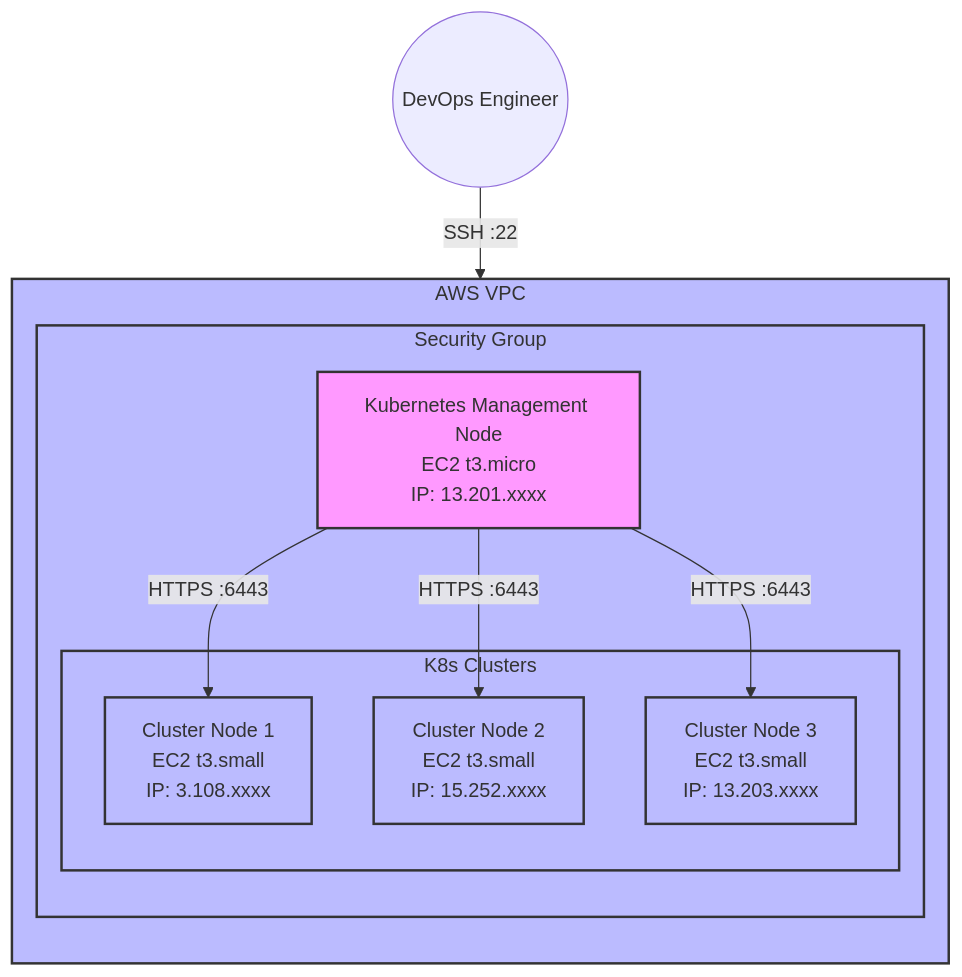
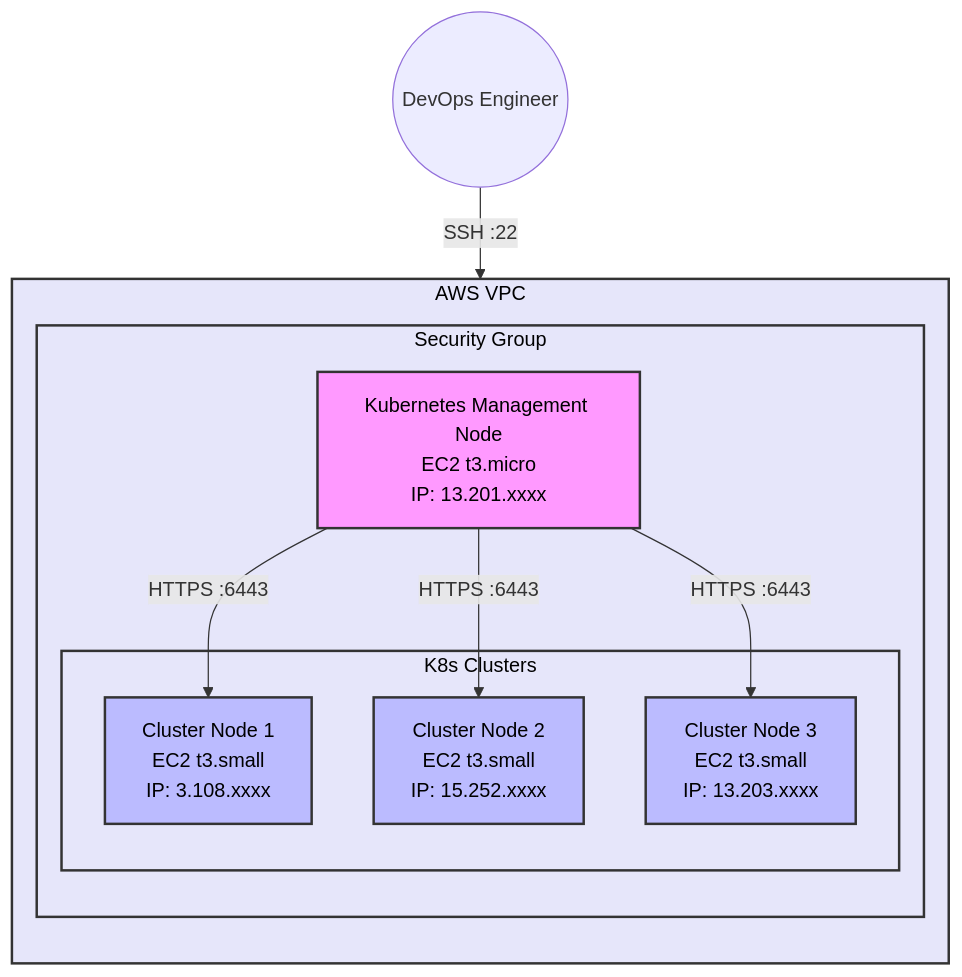
Before and after one commit to Mayank11104/Kubernetes-3-Tier-Application-Infrastructure-on-AWS: the diagram in README.md, drawn with Mermaid. The commit also changed other lines of this file, not shown here.

Commit message:
style(docs): fix mermaid diagram contrast for github dark mode

````diff
--- a/README.md
+++ b/README.md
@@ -14,26 +14,30 @@
 ```mermaid
-graph TD
-    subgraph AWS VPC
+flowchart TD
+    subgraph AWS_VPC ["AWS VPC"]
         direction TB
         
-        subgraph Security Group
+        subgraph Security_Group ["Security Group"]
             Client[Kubernetes Management Node<br/>EC2 t3.micro<br/>IP: 13.201.xxxx]
             
-            subgraph K8s Clusters
+            subgraph K8s_Clusters ["K8s Clusters"]
                 Node1[Cluster Node 1<br/>EC2 t3.small<br/>IP: 3.108.xxxx]
                 Node2[Cluster Node 2<br/>EC2 t3.small<br/>IP: 15.252.xxxx]
                 Node3[Cluster Node 3<br/>EC2 t3.small<br/>IP: 13.203.xxxx]
             end
         end
     end
     
     Admin((DevOps Engineer)) -->|SSH :22| Client
     Client -->|HTTPS :6443| Node1
     Client -->|HTTPS :6443| Node2
     Client -->|HTTPS :6443| Node3
     
-    classDef client fill:#f9f,stroke:#333,stroke-width:2px;
-    classDef cluster fill:#bbf,stroke:#333,stroke-width:2px;
+    classDef client fill:#f9f,stroke:#333,stroke-width:2px,color:#000;
+    classDef cluster fill:#bbf,stroke:#333,stroke-width:2px,color:#000;
+    style AWS_VPC fill:#e6e6fa,color:#000,stroke:#333,stroke-width:2px;
+    style Security_Group fill:#e6e6fa,color:#000,stroke:#333,stroke-width:2px;
+    style K8s_Clusters fill:#e6e6fa,color:#000,stroke:#333,stroke-width:2px;
+    
     class Client client;
     class Node1,Node2,Node3 cluster;
 ```
````
